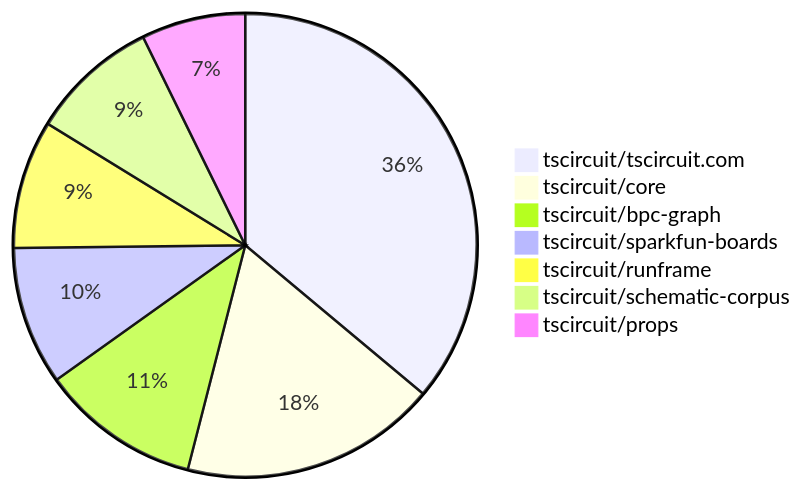
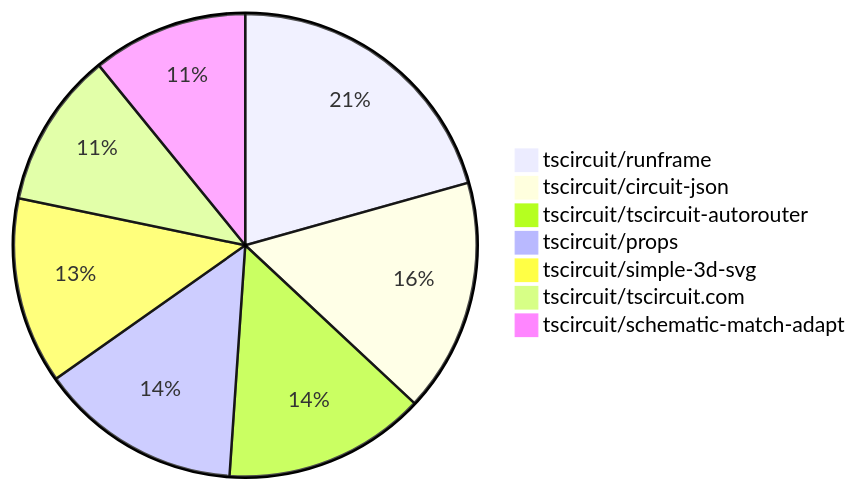
Before and after one commit to tscircuit/contribution-tracker: the second of 2 diagrams in contribution-overviews/2025-06-11.md, drawn with Mermaid. The commit also changed other lines of this file and 9 other files, not shown here.

````diff
--- a/contribution-overviews/2025-06-11.md
+++ b/contribution-overviews/2025-06-11.md
@@ -105,10 +82,10 @@
 ```mermaid
 pie
-    "tscircuit/tscircuit.com" : 149
-    "tscircuit/core" : 74
-    "tscircuit/bpc-graph" : 46
-    "tscircuit/sparkfun-boards" : 40
-    "tscircuit/runframe" : 37
-    "tscircuit/schematic-corpus" : 37
-    "tscircuit/props" : 30
+    "tscircuit/runframe" : 19
+    "tscircuit/circuit-json" : 15
+    "tscircuit/tscircuit-autorouter" : 13
+    "tscircuit/props" : 13
+    "tscircuit/simple-3d-svg" : 12
+    "tscircuit/tscircuit.com" : 10
+    "tscircuit/schematic-match-adapt" : 10
 ```
````
